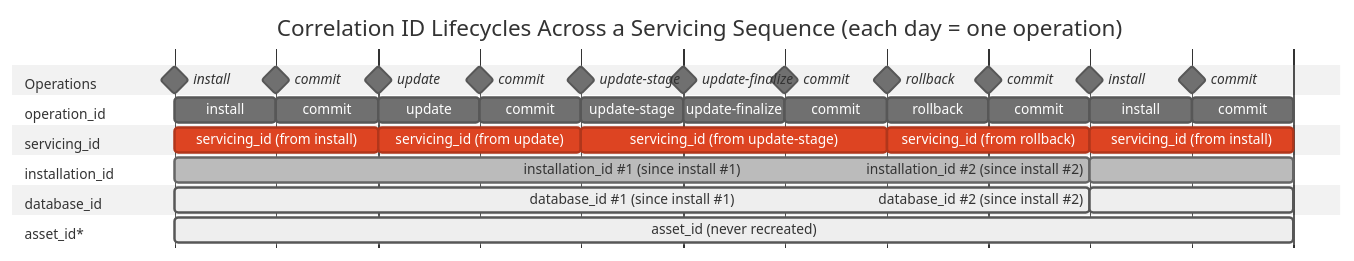
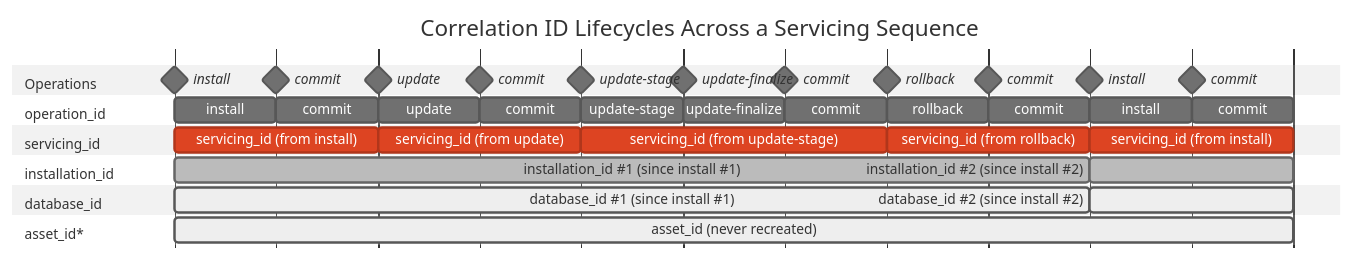
One commit to microsoft/trident changed the diagram in docs/Reference/Telemetry.md. Above: the diagram before and after it, drawn with Mermaid (neutral theme).

Commit message:
docs: trim diagram title

````diff
--- a/docs/Reference/Telemetry.md
+++ b/docs/Reference/Telemetry.md
@@ -87,51 +87,51 @@
 ```mermaid
 %%{init: {'gantt': {'displayMode': 'compact', 'leftPadding': 130}}}%%
 gantt
     dateFormat  YYYY-MM-DD
     axisFormat  
-    title Correlation ID Lifecycles Across a Servicing Sequence (each day = one operation)
+    title Correlation ID Lifecycles Across a Servicing Sequence
 
     section Operations
     install            :milestone, m1, 2024-01-01, 0d
     commit             :milestone, m2, 2024-01-02, 0d
     update             :milestone, m3, 2024-01-03, 0d
     commit             :milestone, m4, 2024-01-04, 0d
     update-stage       :milestone, m5, 2024-01-05, 0d
     update-finalize    :milestone, m6, 2024-01-06, 0d
     commit             :milestone, m7, 2024-01-07, 0d
     rollback           :milestone, m8, 2024-01-08, 0d
     commit             :milestone, m9, 2024-01-09, 0d
     install            :milestone, m10, 2024-01-10, 0d
     commit             :milestone, m11, 2024-01-11, 0d
 
     section operation_id
     install         :o1, 2024-01-01, 1d
     commit          :o2, 2024-01-02, 1d
     update          :o3, 2024-01-03, 1d
     commit          :o4, 2024-01-04, 1d
     update-stage    :o5, 2024-01-05, 1d
     update-finalize :o6, 2024-01-06, 1d
     commit          :o7, 2024-01-07, 1d
     rollback        :o8, 2024-01-08, 1d
     commit          :o9, 2024-01-09, 1d
     install         :o10, 2024-01-10, 1d
     commit          :o11, 2024-01-11, 1d
 
     section servicing_id
     servicing_id (from install)           :crit, sid1, 2024-01-01, 2d
     servicing_id (from update)            :crit, sid2, 2024-01-03, 2d
     servicing_id (from update-stage)      :crit, sid3, 2024-01-05, 3d
     servicing_id (from rollback)          :crit, sid4, 2024-01-08, 2d
     servicing_id (from install)           :crit, sid5, 2024-01-10, 2d
 
     section installation_id
     installation_id #1 (since install #1) :done, inst1, 2024-01-01, 9d
     installation_id #2 (since install #2) :done, inst2, 2024-01-10, 2d
 
     section database_id
     database_id #1 (since install #1)     :active, db1, 2024-01-01, 9d
     database_id #2 (since install #2)     :active, db2, 2024-01-10, 2d
 
     section asset_id*
     asset_id (never recreated)            :active, done, asset1, 2024-01-01, 11d
 ```
````
